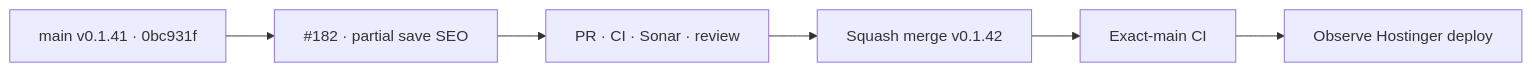
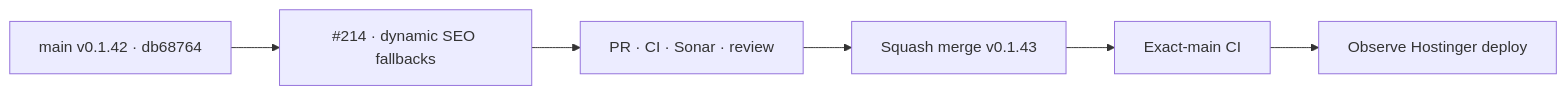
The diagram in README.md (pl0n3r/brvtal), drawn with Mermaid before and after one commit. The commit also changed other lines of this file and 16 other files, not shown here.

First line of the commit message:
fix(seo): keep automatic fallbacks dynamic (v0.1.43) (#620)

````diff
--- a/README.md
+++ b/README.md
@@ -53,8 +53,8 @@
 ```mermaid
 flowchart LR
- B["main v0.1.41 · 0bc931f"] --> S["#182 · partial save SEO"]
+ B["main v0.1.42 · db68764"] --> S["#214 · dynamic SEO fallbacks"]
  S --> P["PR · CI · Sonar · review"]
- P --> M["Squash merge v0.1.42"]
+ P --> M["Squash merge v0.1.43"]
  M --> X["Exact-main CI"]
  X --> D["Observe Hostinger deploy"]
 ```
````
